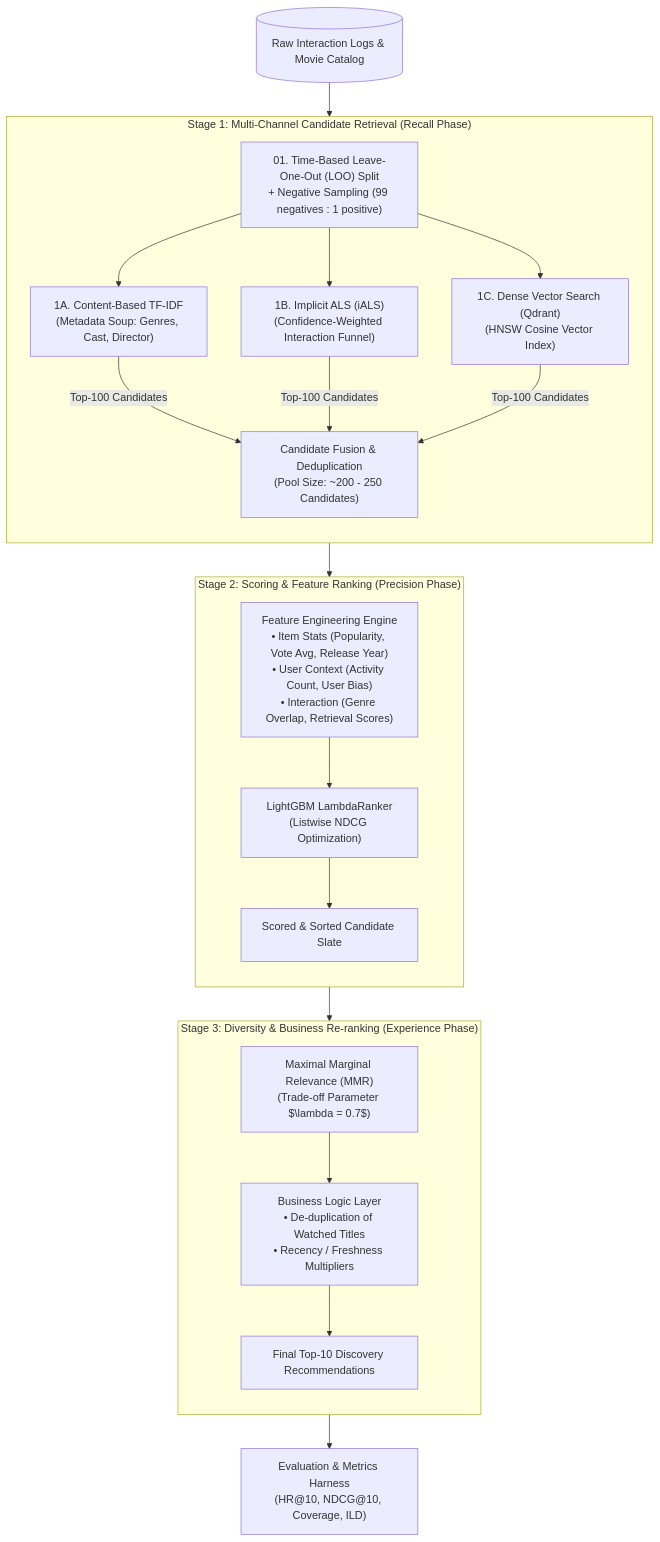
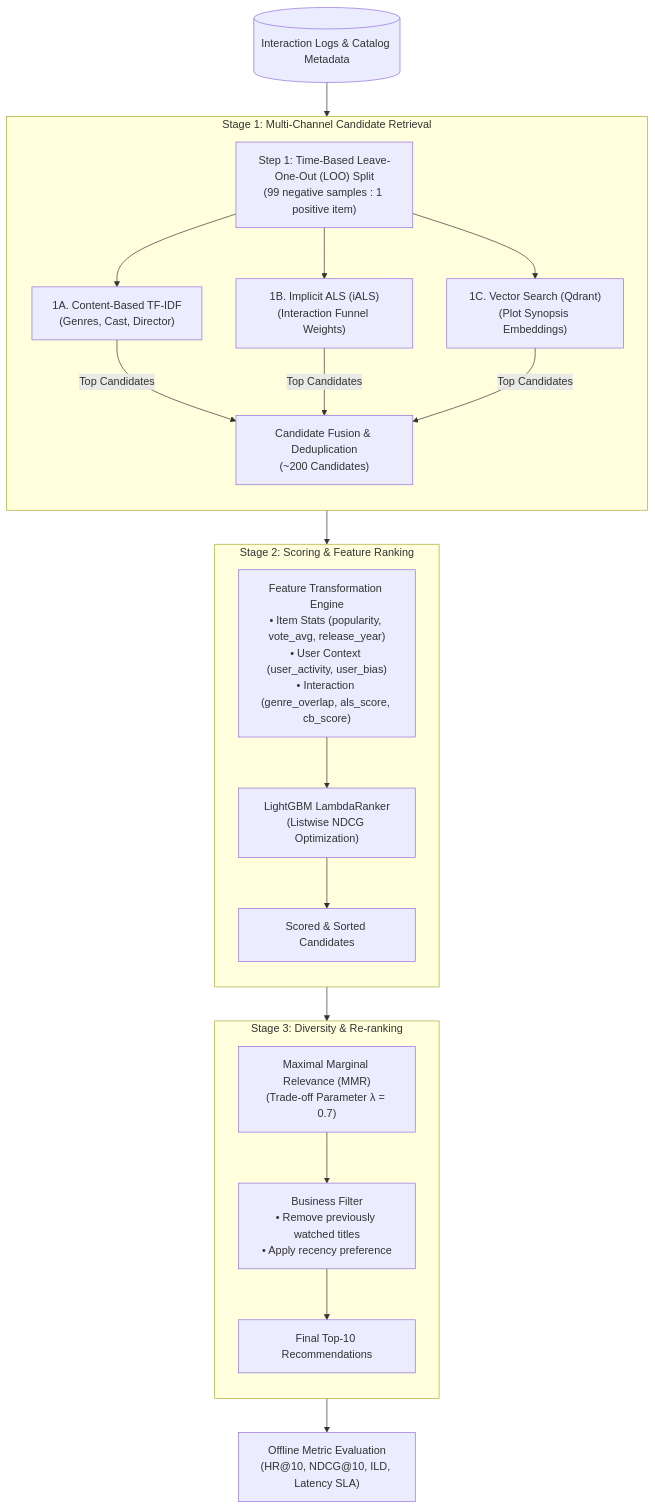
The diagram in docs/ml-pipeline.md (dducsw/movie-recsys), drawn with Mermaid before and after one commit. The commit also changed other lines of this file and 204 other files, not shown here.

````diff
--- a/docs/ml-pipeline.md
+++ b/docs/ml-pipeline.md
@@ -9,31 +9,31 @@
 ```mermaid
 flowchart TD
-    RawData[("Raw Interaction Logs & Movie Catalog")] --> Prep["01. Time-Based Leave-One-Out (LOO) Split<br/>+ Negative Sampling (99 negatives : 1 positive)"]
+    RawData[("Interaction Logs & Catalog Metadata")] --> Prep["Step 1: Time-Based Leave-One-Out (LOO) Split<br/>(99 negative samples : 1 positive item)"]
 
-    subgraph Stage1 ["Stage 1: Multi-Channel Candidate Retrieval (Recall Phase)"]
+    subgraph Stage1 ["Stage 1: Multi-Channel Candidate Retrieval"]
         direction TB
-        Prep --> CB["1A. Content-Based TF-IDF<br/>(Metadata Soup: Genres, Cast, Director)"]
-        Prep --> ALS["1B. Implicit ALS (iALS)<br/>(Confidence-Weighted Interaction Funnel)"]
-        Prep --> VEC["1C. Dense Vector Search (Qdrant)<br/>(HNSW Cosine Vector Index)"]
+        Prep --> CB["1A. Content-Based TF-IDF<br/>(Genres, Cast, Director)"]
+        Prep --> ALS["1B. Implicit ALS (iALS)<br/>(Interaction Funnel Weights)"]
+        Prep --> VEC["1C. Vector Search (Qdrant)<br/>(Plot Synopsis Embeddings)"]
         
-        CB -->|Top-100 Candidates| Union["Candidate Fusion & Deduplication<br/>(Pool Size: ~200 - 250 Candidates)"]
-        ALS -->|Top-100 Candidates| Union
-        VEC -->|Top-100 Candidates| Union
+        CB -->|Top Candidates| Union["Candidate Fusion & Deduplication<br/>(~200 Candidates)"]
+        ALS -->|Top Candidates| Union
+        VEC -->|Top Candidates| Union
     end
 
-    subgraph Stage2 ["Stage 2: Scoring & Feature Ranking (Precision Phase)"]
+    subgraph Stage2 ["Stage 2: Scoring & Feature Ranking"]
         direction TB
-        Union --> FE["Feature Engineering Engine<br/>• Item Stats (Popularity, Vote Avg, Release Year)<br/>• User Context (Activity Count, User Bias)<br/>• Interaction (Genre Overlap, Retrieval Scores)"]
+        Union --> FE["Feature Transformation Engine<br/>• Item Stats (popularity, vote_avg, release_year)<br/>• User Context (user_activity, user_bias)<br/>• Interaction (genre_overlap, als_score, cb_score)"]
         FE --> LGBM["LightGBM LambdaRanker<br/>(Listwise NDCG Optimization)"]
-        LGBM --> RankedList["Scored & Sorted Candidate Slate"]
+        LGBM --> RankedList["Scored & Sorted Candidates"]
     end
 
-    subgraph Stage3 ["Stage 3: Diversity & Business Re-ranking (Experience Phase)"]
+    subgraph Stage3 ["Stage 3: Diversity & Re-ranking"]
         direction TB
-        RankedList --> MMR["Maximal Marginal Relevance (MMR)<br/>(Trade-off Parameter $\lambda = 0.7$)"]
-        MMR --> Freshness["Business Logic Layer<br/>• De-duplication of Watched Titles<br/>• Recency / Freshness Multipliers"]
-        Freshness --> FinalRecs["Final Top-10 Discovery Recommendations"]
+        RankedList --> MMR["Maximal Marginal Relevance (MMR)<br/>(Trade-off Parameter λ = 0.7)"]
+        MMR --> Freshness["Business Filter<br/>• Remove previously watched titles<br/>• Apply recency preference"]
+        Freshness --> FinalRecs["Final Top-10 Recommendations"]
     end
 
-    FinalRecs --> Eval["Evaluation & Metrics Harness<br/>(HR@10, NDCG@10, Coverage, ILD)"]
+    FinalRecs --> Eval["Offline Metric Evaluation<br/>(HR@10, NDCG@10, ILD, Latency SLA)"]
 ```
````
